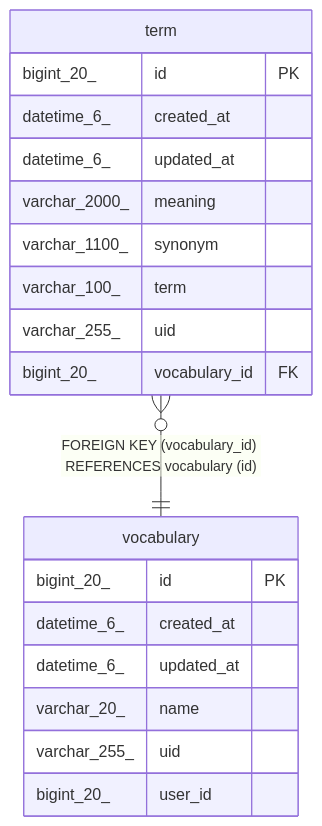
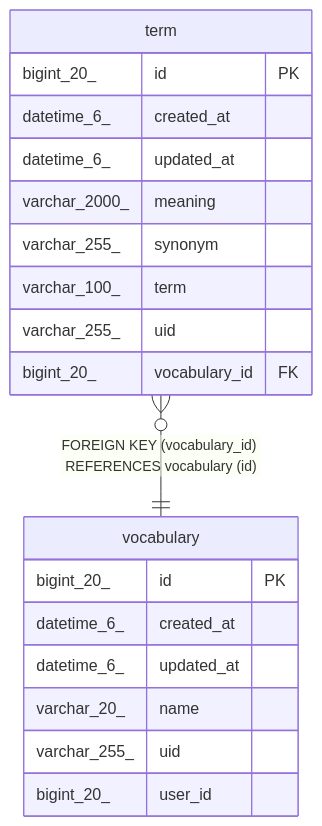
Before and after one commit to makevook/vook-server: the diagram in docs/schema/term.md, drawn with Mermaid. The commit also changed other lines of this file and 4 other files, not shown here.

````diff
--- a/docs/schema/term.md
+++ b/docs/schema/term.md
@@ -55,24 +55,24 @@
 ```mermaid
 erDiagram
 
 "term" }o--|| "vocabulary" : "FOREIGN KEY (vocabulary_id) REFERENCES vocabulary (id)"
 
 "term" {
   bigint_20_ id PK
   datetime_6_ created_at
   datetime_6_ updated_at
   varchar_2000_ meaning
-  varchar_1100_ synonym
+  varchar_255_ synonym
   varchar_100_ term
   varchar_255_ uid
   bigint_20_ vocabulary_id FK
 }
 "vocabulary" {
   bigint_20_ id PK
   datetime_6_ created_at
   datetime_6_ updated_at
   varchar_20_ name
   varchar_255_ uid
   bigint_20_ user_id
 }
 ```
````
